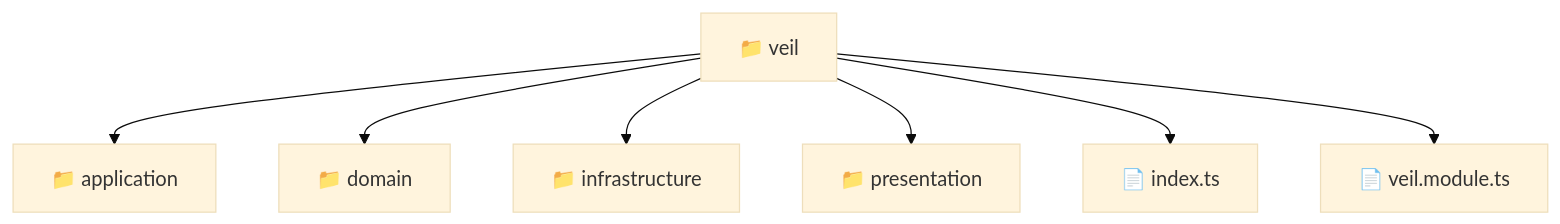
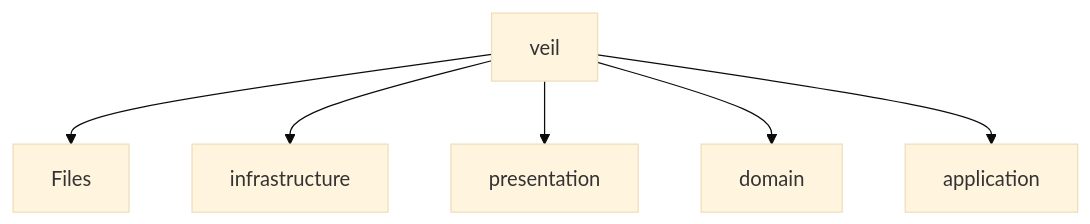
One commit to beginwebdev2002/fullstack-mavluda changed the diagram in backend/src/modules/veil/README.md. Above: the diagram before and after it, drawn with Mermaid (base theme). The commit also changed other lines of this file and 163 other files, not shown here.

First line of the commit message:
feat: autogenerate localized directory readmes for architectural transparency

````diff
--- a/backend/src/modules/veil/README.md
+++ b/backend/src/modules/veil/README.md
@@ -9,10 +10,8 @@
 ```mermaid
 graph TD
-  Root["📁 veil"]
-  Root --> application["📁 application"]
-  Root --> domain["📁 domain"]
-  Root --> infrastructure["📁 infrastructure"]
-  Root --> presentation["📁 presentation"]
-  Root --> index_ts["📄 index.ts"]
-  Root --> veil_module_ts["📄 veil.module.ts"]
+    veil[veil] --> Files
+    veil --> infrastructure[infrastructure]
+    veil --> presentation[presentation]
+    veil --> domain[domain]
+    veil --> application[application]
 ```
````
